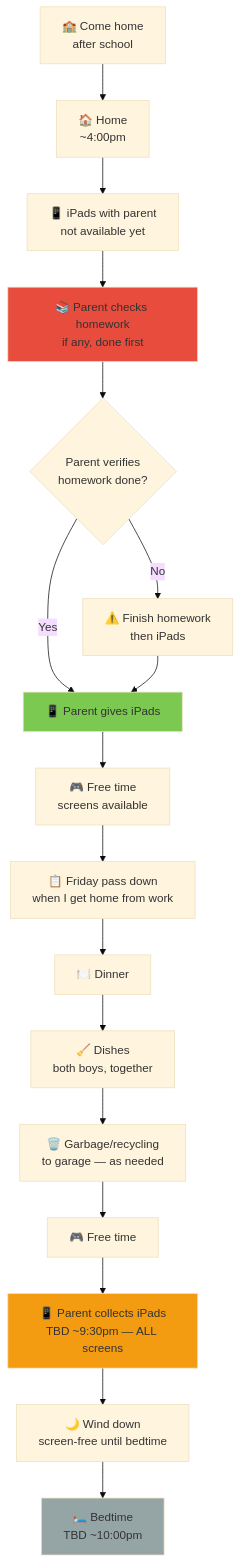
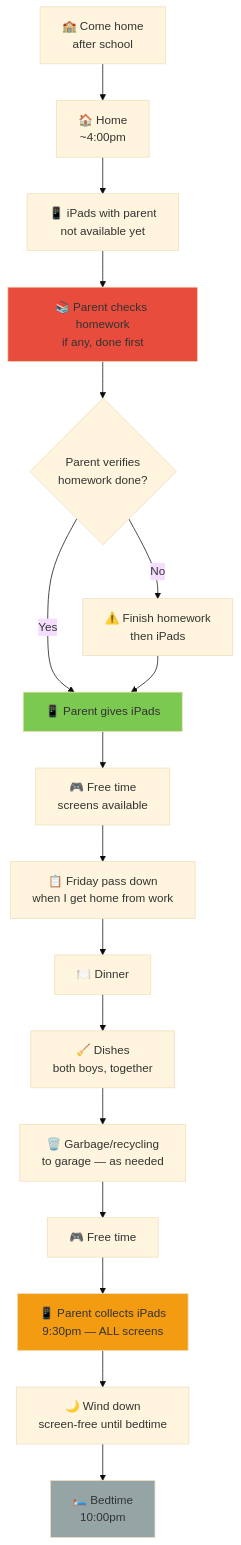
The first of 2 diagrams in day-types/01-friday.md (ajass/technology-reset), drawn with Mermaid (base theme) before and after one commit. The commit also changed other lines of this file and 3 other files, not shown here.

First line of the commit message:
Set concrete bedtimes, remove all TBD

````diff
--- a/day-types/01-friday.md
+++ b/day-types/01-friday.md
@@ -18,24 +18,24 @@
 ```mermaid
 flowchart TD
     A["🏫 Come home<br/>after school"] --> B["🏠 Home<br/>~4:00pm"]
     B --> IP["📱 iPads with parent<br/>not available yet"]
     IP --> C["📚 Parent checks homework<br/>if any, done first"]
     C --> CD{"Parent verifies<br/>homework done?"}
     CD -->|Yes| DG["📱 Parent gives iPads"]
     CD -->|No| CW["⚠️ Finish homework<br/>then iPads"]
     CW --> DG
     DG --> D["🎮 Free time<br/>screens available"]
     D --> PD["📋 Friday pass down<br/>when I get home from work"]
     PD --> E["🍽️ Dinner"]
     E --> G["🧹 Dishes<br/>both boys, together"]
     G --> H["🗑️ Garbage/recycling<br/>to garage — as needed"]
     H --> I["🎮 Free time"]
-    I --> J["📱 Parent collects iPads<br/>TBD ~9:30pm — ALL screens"]
+    I --> J["📱 Parent collects iPads<br/>9:30pm — ALL screens"]
     J --> K["🌙 Wind down<br/>screen-free until bedtime"]
-    K --> L["🛏️ Bedtime<br/>TBD ~10:00pm"]
+    K --> L["🛏️ Bedtime<br/>10:00pm"]
 
     style C fill:#e74c3c
     style DG fill:#7bc950
     style J fill:#f39c12
     style L fill:#95a5a6
 ```
````
